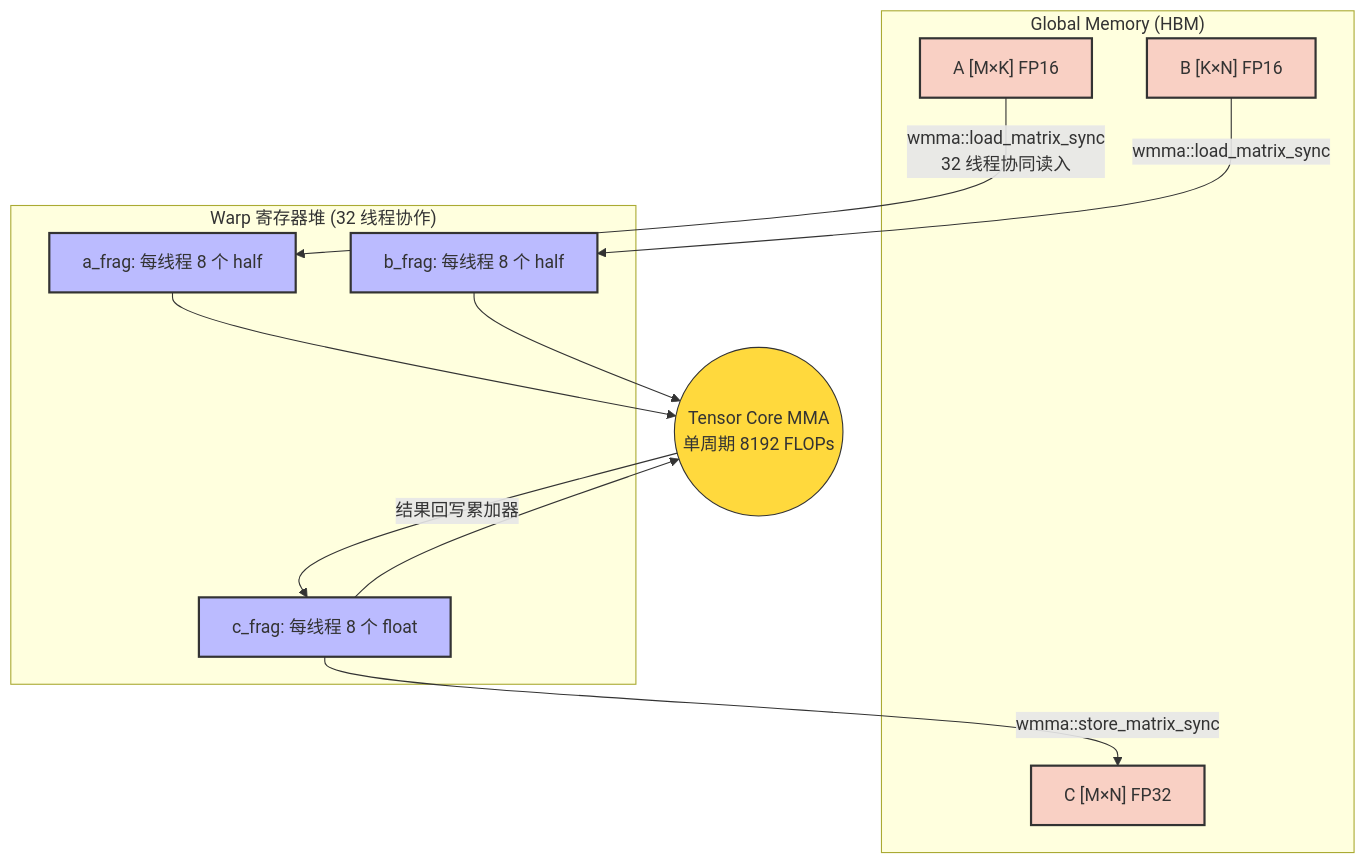
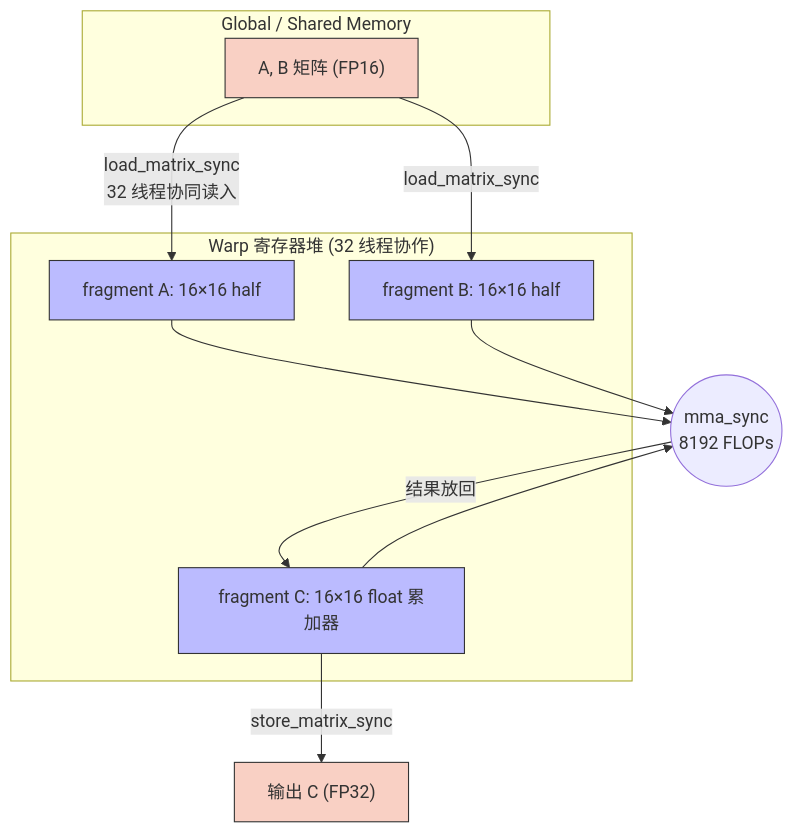
Before and after one commit to psmarter/CUDA-Practice: the first of 2 diagrams in Blogs/09_Tensor_Core_WMMA_Mixed_Precision.md, drawn with Mermaid. The commit also changed other lines of this file and 28 other files, not shown here.

````diff
--- a/Blogs/09_Tensor_Core_WMMA_Mixed_Precision.md
+++ b/Blogs/09_Tensor_Core_WMMA_Mixed_Precision.md
@@ -62,26 +32,23 @@
 ```mermaid
 graph TD
-    classDef hbm fill:#f9d0c4,stroke:#333,stroke-width:2px;
-    classDef reg fill:#bbf,stroke:#333,stroke-width:2px;
-    classDef tc fill:#ffd93d,stroke:#333;
+    classDef hbm fill:#f9d0c4,stroke:#333;
+    classDef reg fill:#bbf,stroke:#333;
 
-    subgraph "Global Memory (HBM)"
-        GA["A [M×K] FP16"]:::hbm
-        GB["B [K×N] FP16"]:::hbm
-        GC["C [M×N] FP32"]:::hbm
+    subgraph "Global / Shared Memory"
+        GM["A, B 矩阵 (FP16)"]:::hbm
     end
 
     subgraph "Warp 寄存器堆 (32 线程协作)"
-        FA["a_frag: 每线程 8 个 half"]:::reg
-        FB["b_frag: 每线程 8 个 half"]:::reg
-        FC["c_frag: 每线程 8 个 float"]:::reg
+        FA["fragment A: 16×16 half"]:::reg
+        FB["fragment B: 16×16 half"]:::reg
+        FC["fragment C: 16×16 float 累加器"]:::reg
     end
 
-    TC(("Tensor Core MMA\n单周期 8192 FLOPs")):::tc
+    TC(("mma_sync<br/>8192 FLOPs"))
 
-    GA --> |"wmma::load_matrix_sync\n32 线程协同读入"| FA
-    GB --> |"wmma::load_matrix_sync"| FB
+    GM --> |"load_matrix_sync<br/>32 线程协同读入"| FA
+    GM --> |"load_matrix_sync"| FB
     FA & FB & FC --> TC
-    TC --> |"结果回写累加器"| FC
-    FC --> |"wmma::store_matrix_sync"| GC
+    TC --> |"结果放回"| FC
+    FC --> |"store_matrix_sync"| OUT["输出 C (FP32)"]:::hbm
 ```
````
